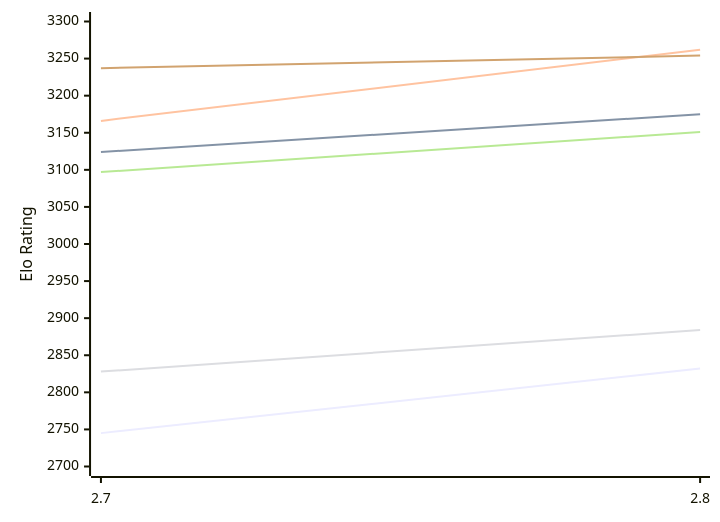
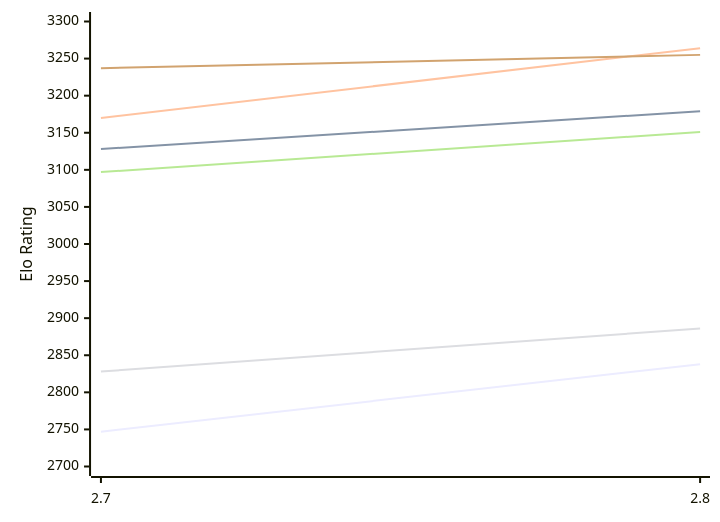
Before and after one commit to computer-chess-index/cci: the first of 2 diagrams in engines/Arcanum.md, drawn with Mermaid. The commit also changed other lines of this file, not shown here.

Commit message:
Update CCI Ratings (ELO VLTC) - 2026-11-22

````diff
--- a/engines/Arcanum.md
+++ b/engines/Arcanum.md
@@ -50,12 +50,12 @@
 ```mermaid
 %%{init: {"theme":"base","themeVariables":{"seriesColors:['#a3a3a3','#222221','#faa371']}}}%%
 xychart-beta
   x-axis ["2.7", "2.8"]
   y-axis "Elo Rating" 2700 --> 3300
-  line "E1: STC (8.0+0.08s)" [2745, 2832]
-  line "E1: LTC (60.0+0.60s)" [3124, 3175]
-  line "E1: VLTC (2m24s+1.12s)" [3166, 3262]
-  line "P1: STC (8.0+0.08s)" [2828, 2884]
+  line "E1: STC (8.0+0.08s)" [2747, 2838]
+  line "E1: LTC (60.0+0.60s)" [3128, 3179]
+  line "E1: VLTC (2m24s+1.12s)" [3170, 3264]
+  line "P1: STC (8.0+0.08s)" [2828, 2886]
   line "P1: LTC (60.0+0.60s)" [3097, 3151]
-  line "P1: VLTC (2m24s+1.12s)" [3237, 3254]
+  line "P1: VLTC (2m24s+1.12s)" [3237, 3255]
 ```
````
